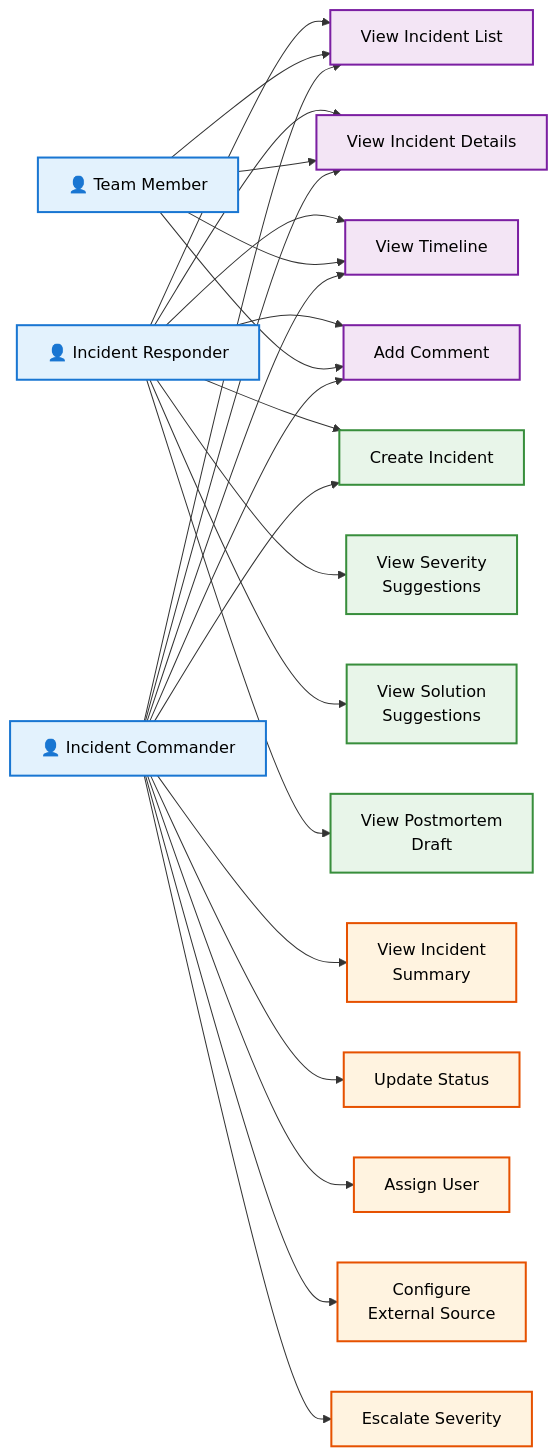
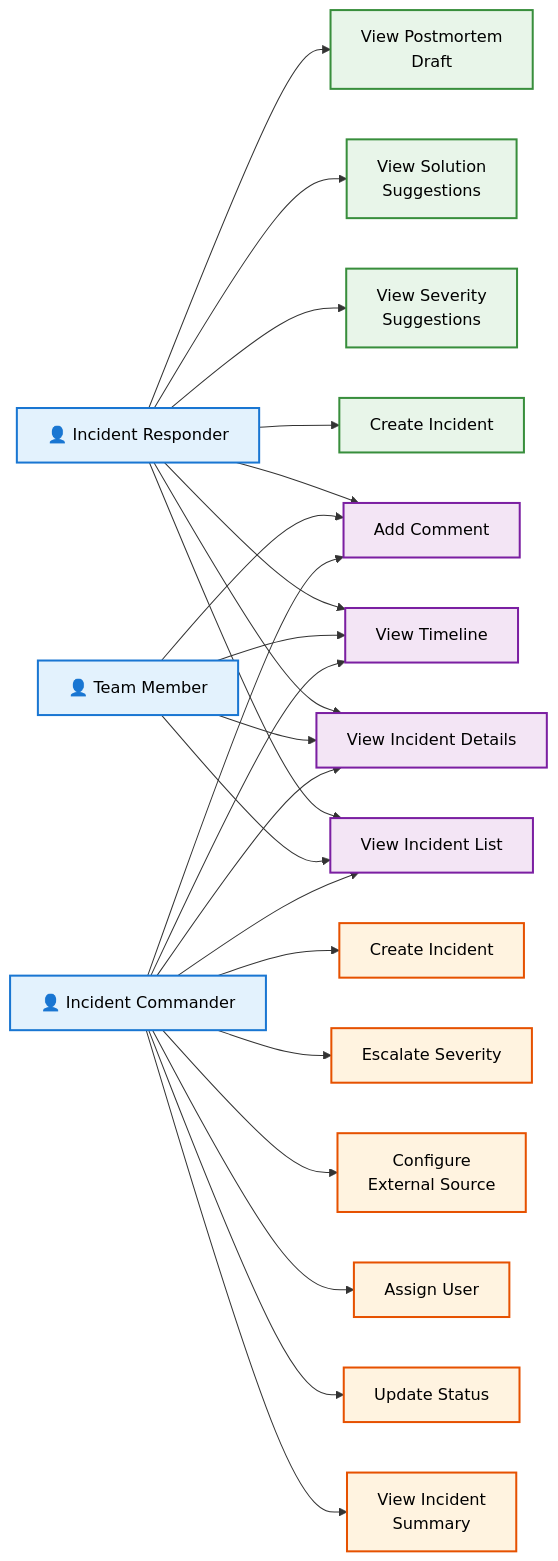
The diagram in docs/deliverables/2026-05-08-uml-diagrams/use_case_diagram.md (AET-DevOps26/team-panic-at-the-console), drawn with Mermaid before and after one commit.

Commit message:
Add text box for better readability

````diff
--- a/docs/deliverables/2026-05-08-uml-diagrams/use_case_diagram.md
+++ b/docs/deliverables/2026-05-08-uml-diagrams/use_case_diagram.md
@@ -3,63 +3,64 @@
 ```mermaid
 graph LR
     %% Actors
     responder["👤 Incident Responder"]
     member["👤 Team Member"]
     commander["👤 Incident Commander"]
 
     %% Shared Use Cases
     viewList["View Incident List"]
     viewDetails["View Incident Details"]
     viewTimeline["View Timeline"]
     addComment["Add Comment"]
 
     %% Responder Specific
     createIncident["Create Incident"]
     viewSeverity["View Severity<br/>Suggestions"]
     viewSolutions["View Solution<br/>Suggestions"]
     viewPostmortem["View Postmortem<br/>Draft"]
 
     %% Commander Specific
+    createIncident2["Create Incident"]
     updateStatus["Update Status"]
     assignUser["Assign User"]
     viewSummary["View Incident<br/>Summary"]
     configSource["Configure<br/>External Source"]
     escalateSeverity["Escalate Severity"]
 
     %% Responder relationships
     responder --> viewList
     responder --> viewDetails
     responder --> viewTimeline
     responder --> addComment
     responder --> createIncident
     responder --> viewSeverity
     responder --> viewSolutions
     responder --> viewPostmortem
 
     %% Team Member relationships (subset of responder)
     member --> viewList
     member --> viewDetails
     member --> viewTimeline
     member --> addComment
 
     %% Commander relationships (both shared and specific)
     commander --> viewList
     commander --> viewDetails
     commander --> viewTimeline
     commander --> addComment
     commander --> viewSummary
     commander --> updateStatus
     commander --> assignUser
     commander --> configSource
     commander --> escalateSeverity
-commander --> createIncident
+    commander --> createIncident2
     classDef actor fill:#e3f2fd,stroke:#1976d2,stroke-width:2px,color:#000
     classDef shared fill:#f3e5f5,stroke:#7b1fa2,stroke-width:2px,color:#000
     classDef responderOnly fill:#e8f5e9,stroke:#388e3c,stroke-width:2px,color:#000
     classDef commanderOnly fill:#fff3e0,stroke:#e65100,stroke-width:2px,color:#000
 
     class responder,member,commander actor
     class viewList,viewDetails,viewTimeline,addComment shared
     class createIncident,viewSeverity,viewSolutions,viewPostmortem responderOnly
-    class updateStatus,assignUser,viewSummary,configSource,escalateSeverity commanderOnly
+    class createIncident2,updateStatus,assignUser,viewSummary,configSource,escalateSeverity commanderOnly
 ```
````
